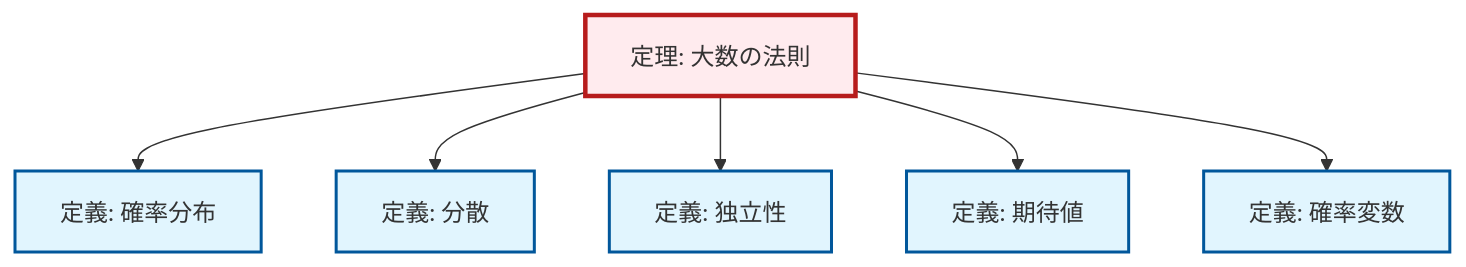
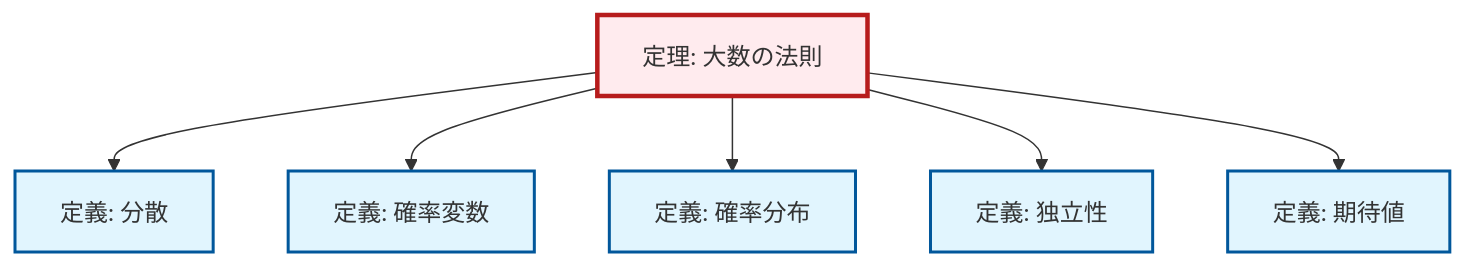
Before and after one commit to RK0429/ModernMath: the second of 2 diagrams in content/ja/probability-statistics/thm-law-of-large-numbers.qmd, drawn with Mermaid. The commit also changed other lines of this file and 328 other files, not shown here.

````diff
--- a/content/ja/probability-statistics/thm-law-of-large-numbers.qmd
+++ b/content/ja/probability-statistics/thm-law-of-large-numbers.qmd
@@ -90,26 +90,26 @@
 ```{mermaid}
 %%| fig-cap: "ローカル依存関係グラフ"
 graph TD
     classDef definition fill:#e1f5fe,stroke:#01579b,stroke-width:2px
     classDef theorem fill:#f3e5f5,stroke:#4a148c,stroke-width:2px
     classDef axiom fill:#fff3e0,stroke:#e65100,stroke-width:2px
     classDef example fill:#e8f5e9,stroke:#1b5e20,stroke-width:2px
     classDef current fill:#ffebee,stroke:#b71c1c,stroke-width:3px
+    def-random-variable["定義: 確率変数"]:::definition
     def-independence["定義: 独立性"]:::definition
-    def-expectation["定義: 期待値"]:::definition
-    def-probability-distribution["定義: 確率分布"]:::definition
     def-variance["定義: 分散"]:::definition
     thm-law-of-large-numbers["定理: 大数の法則"]:::theorem
-    def-random-variable["定義: 確率変数"]:::definition
+    def-probability-distribution["定義: 確率分布"]:::definition
+    def-expectation["定義: 期待値"]:::definition
+    thm-law-of-large-numbers --> def-variance
+    thm-law-of-large-numbers --> def-random-variable
     thm-law-of-large-numbers --> def-probability-distribution
-    thm-law-of-large-numbers --> def-variance
     thm-law-of-large-numbers --> def-independence
     thm-law-of-large-numbers --> def-expectation
-    thm-law-of-large-numbers --> def-random-variable
     class thm-law-of-large-numbers current
+    click def-random-variable "def-random-variable.html" "確率変数の定義へ"
     click def-independence "def-independence.html" "独立性の定義へ"
+    click def-variance "def-variance.html" "分散の定義へ"
+    click def-probability-distribution "def-probability-distribution.html" "確率分布の定義へ"
     click def-expectation "def-expectation.html" "期待値の定義へ"
-    click def-probability-distribution "def-probability-distribution.html" "確率分布の定義へ"
-    click def-variance "def-variance.html" "分散の定義へ"
-    click def-random-variable "def-random-variable.html" "確率変数の定義へ"
 ```
````
